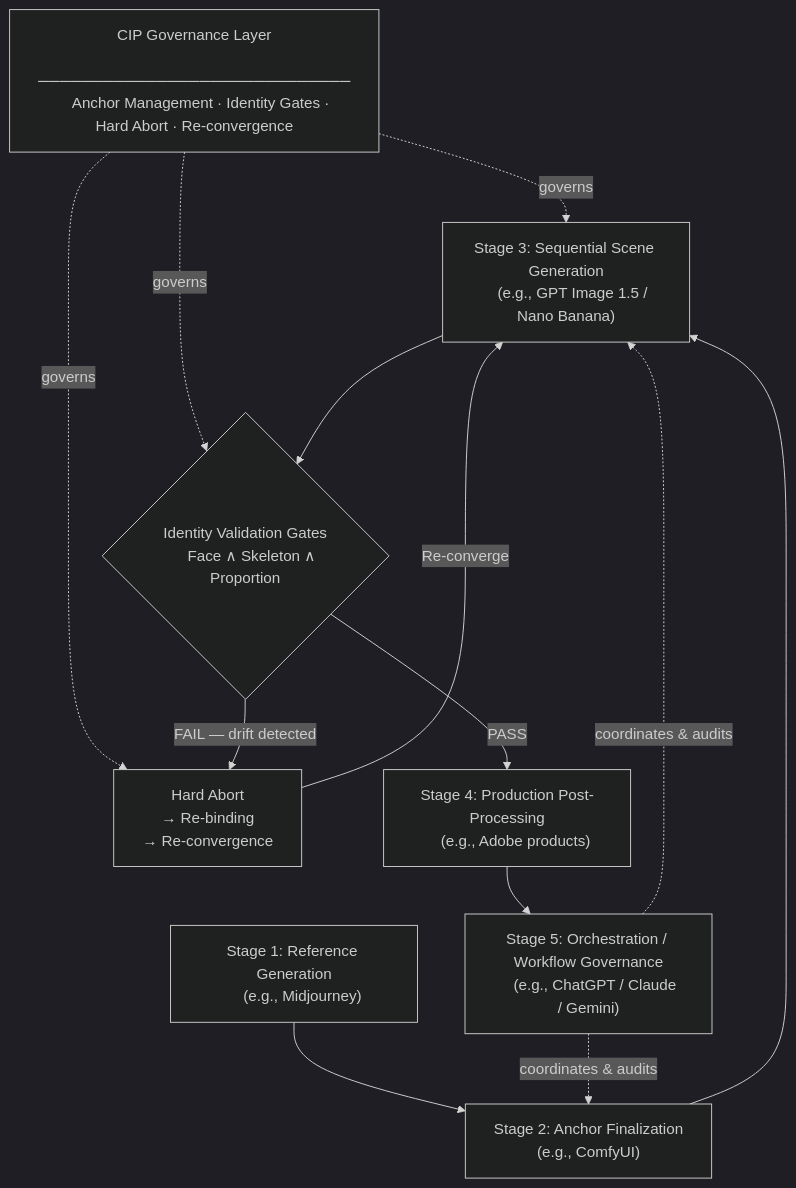
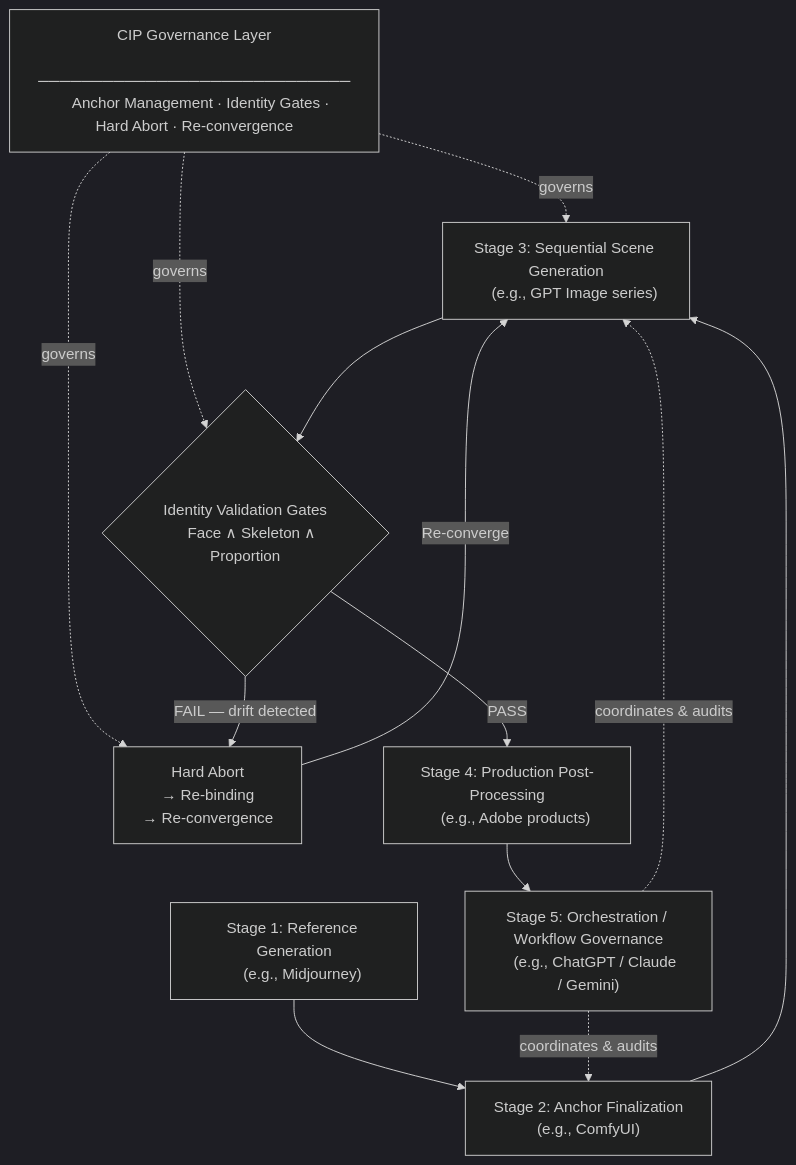
One commit to watadani-byte/character-identity-protocol changed the third of 7 diagrams in docs/whitepaper_v1.md. Above: the diagram before and after it, drawn with Mermaid (dark theme). The commit also changed other lines of this file, not shown here.

````diff
--- a/docs/whitepaper_v1.md
+++ b/docs/whitepaper_v1.md
@@ -820,36 +822,36 @@
 ```mermaid
 flowchart TD
     GOV["CIP Governance Layer
     ─────────────────────────────
     Anchor Management · Identity Gates · Hard Abort · Re-convergence"]
 
     S1["Stage 1: Reference Generation
     (e.g., Midjourney)"]
     S2["Stage 2: Anchor Finalization
     (e.g., ComfyUI)"]
     S3["Stage 3: Sequential Scene Generation
-    (e.g., GPT Image 1.5 / Nano Banana)"]
+    (e.g., GPT Image series)"]
     GATE{"Identity Validation Gates
     Face ∧ Skeleton ∧ Proportion"}
     ABORT["Hard Abort
     → Re-binding
     → Re-convergence"]
     S4["Stage 4: Production Post-Processing
     (e.g., Adobe products)"]
     S5["Stage 5: Orchestration / Workflow Governance
     (e.g., ChatGPT / Claude / Gemini)"]
 
     GOV -.->|governs| S3
     GOV -.->|governs| GATE
     GOV -.->|governs| ABORT
 
     S1 --> S2
     S2 --> S3
     S3 --> GATE
     GATE -->|PASS| S4
     GATE -->|FAIL — drift detected| ABORT
     ABORT -->|Re-converge| S3
     S4 --> S5
     S5 -.->|coordinates & audits| S2
     S5 -.->|coordinates & audits| S3
 ```
````
